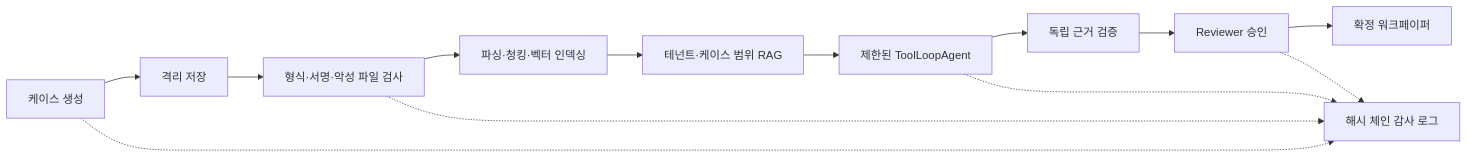
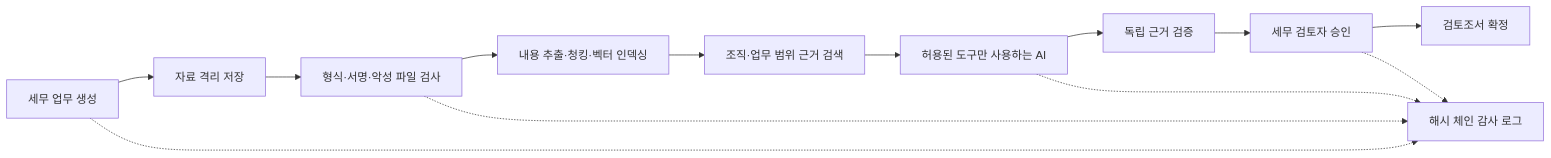
One commit to kwakhyun/taxops-ai changed the diagram in README.md. Above: the diagram before and after it, drawn with Mermaid. The commit also changed other lines of this file and 4 other files, not shown here.

````diff
--- a/README.md
+++ b/README.md
@@ -11,15 +50,15 @@
 ```mermaid
 flowchart LR
-  A[케이스 생성] --> B[격리 저장]
+  A[세무 업무 생성] --> B[자료 격리 저장]
   B --> C[형식·서명·악성 파일 검사]
-  C --> D[파싱·청킹·벡터 인덱싱]
-  D --> E[테넌트·케이스 범위 RAG]
-  E --> F[제한된 ToolLoopAgent]
+  C --> D[내용 추출·청킹·벡터 인덱싱]
+  D --> E[조직·업무 범위 근거 검색]
+  E --> F[허용된 도구만 사용하는 AI]
   F --> G[독립 근거 검증]
-  G --> H[Reviewer 승인]
-  H --> I[확정 워크페이퍼]
+  G --> H[세무 검토자 승인]
+  H --> I[검토조서 확정]
   A -.-> J[해시 체인 감사 로그]
   C -.-> J
   F -.-> J
   H -.-> J
 ```
````
